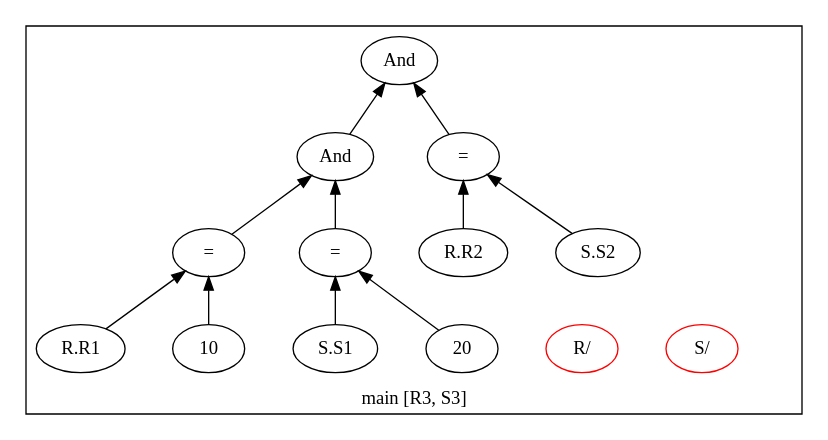
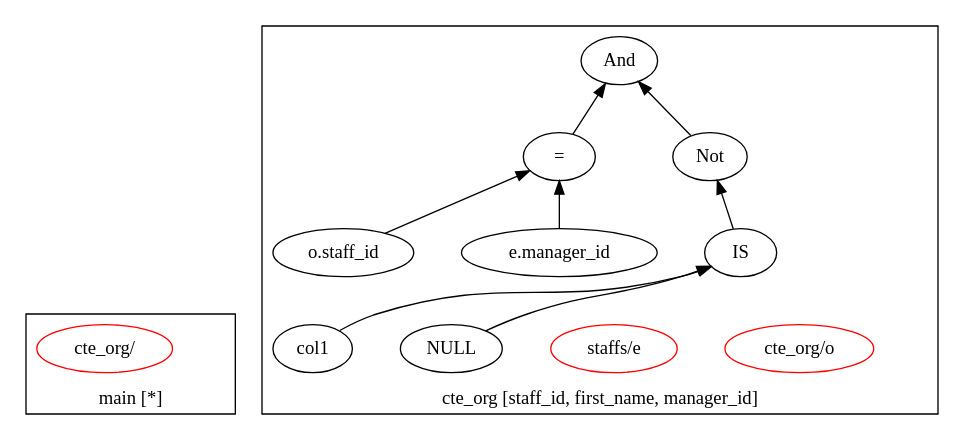
Before and after one commit to adarshpannu/kona: the diagram in qgm.dot, drawn with Graphviz. The commit also changed 8 other files, not shown here.

Commit message:
Experimenting with graph implementations

```diff
--- a/qgm.dot
+++ b/qgm.dot
@@ -1,32 +1,31 @@
 digraph example1 {
     rankdir=BT;
     nodesep=0.5;
     ordering="in";
   subgraph cluster_main {
-    label = "main [R3, S3]";
+    label = "main [*]";
     "main_pt"[shape=point, color=white];
-    "QUN_1"[label="S/ ", color=red]
-    "QUN_0"[label="R/ ", color=red]
-    exprnode0x7fa9e5c33858[label="And"];
-    exprnode0x7fa9e5c33308 -> exprnode0x7fa9e5c33858;
-    exprnode0x7fa9e5c33808 -> exprnode0x7fa9e5c33858;
-    exprnode0x7fa9e5c33308[label="And"];
-    exprnode0x7fa9e5c331c8 -> exprnode0x7fa9e5c33308;
-    exprnode0x7fa9e5c332b8 -> exprnode0x7fa9e5c33308;
-    exprnode0x7fa9e5c331c8[label="="];
-    exprnode0x7fa9e5c320d8 -> exprnode0x7fa9e5c331c8;
-    exprnode0x7fa9e5c33178 -> exprnode0x7fa9e5c331c8;
-    exprnode0x7fa9e5c320d8[label="R.R1"];
-    exprnode0x7fa9e5c33178[label="10"];
-    exprnode0x7fa9e5c332b8[label="="];
-    exprnode0x7fa9e5c33218 -> exprnode0x7fa9e5c332b8;
-    exprnode0x7fa9e5c33268 -> exprnode0x7fa9e5c332b8;
-    exprnode0x7fa9e5c33218[label="S.S1"];
-    exprnode0x7fa9e5c33268[label="20"];
-    exprnode0x7fa9e5c33808[label="="];
-    exprnode0x7fa9e5c33358 -> exprnode0x7fa9e5c33808;
-    exprnode0x7fa9e5c337b8 -> exprnode0x7fa9e5c33808;
-    exprnode0x7fa9e5c33358[label="R.R2"];
-    exprnode0x7fa9e5c337b8[label="S.S2"];
+    "QUN_3"[label="cte_org/ ", color=red]
+}
+  subgraph cluster_cte_org {
+    label = "cte_org [staff_id, first_name, manager_id]";
+    "cte_org_pt"[shape=point, color=white];
+    "QUN_1"[label="cte_org/o ", color=red]
+    "QUN_0"[label="staffs/e ", color=red]
+    exprnode0x7ffa09c0d7d8[label="And"];
+    exprnode0x7ffa09c0bd88 -> exprnode0x7ffa09c0d7d8;
+    exprnode0x7ffa09c0d788 -> exprnode0x7ffa09c0d7d8;
+    exprnode0x7ffa09c0bd88[label="="];
+    exprnode0x7ffa09c0b5f8 -> exprnode0x7ffa09c0bd88;
+    exprnode0x7ffa09c0bd38 -> exprnode0x7ffa09c0bd88;
+    exprnode0x7ffa09c0b5f8[label="o.staff_id"];
+    exprnode0x7ffa09c0bd38[label="e.manager_id"];
+    exprnode0x7ffa09c0d788[label="Not"];
+    exprnode0x7ffa09c0d738 -> exprnode0x7ffa09c0d788;
+    exprnode0x7ffa09c0d738[label="IS"];
+    exprnode0x7ffa09c0c488 -> exprnode0x7ffa09c0d738;
+    exprnode0x7ffa09c0d6e8 -> exprnode0x7ffa09c0d738;
+    exprnode0x7ffa09c0c488[label="col1"];
+    exprnode0x7ffa09c0d6e8[label="NULL"];
 }
 }
```
